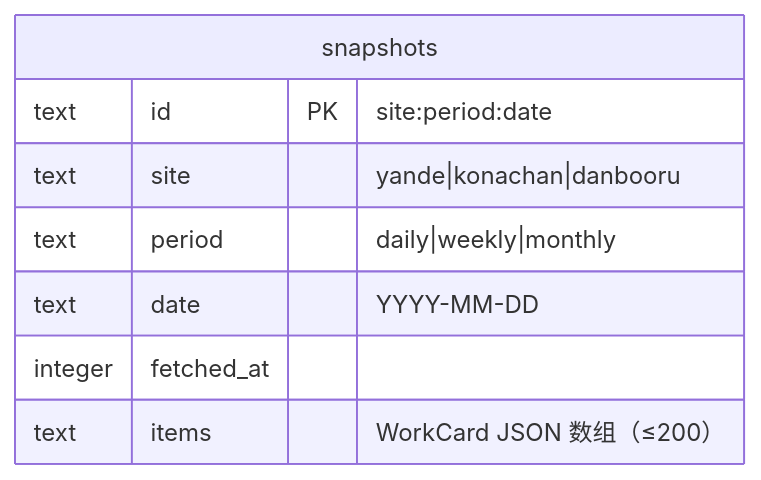
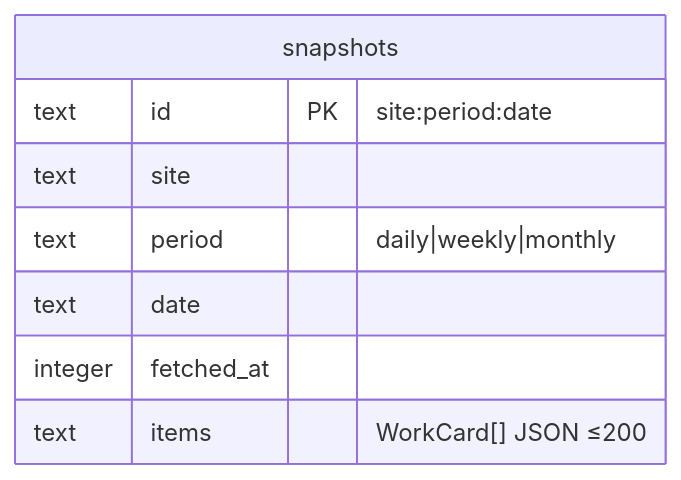
Before and after one commit to Atsukiizumi/Kami-paperbox: the third of 4 diagrams in docs/diagrams/ER图.md, drawn with Mermaid. The commit also changed other lines of this file and 25 other files, not shown here.

First line of the commit message:
docs 全量重推导：基线 75e7de0 重写 00~16 + 9 图

````diff
--- a/docs/diagrams/ER图.md
+++ b/docs/diagrams/ER图.md
@@ -100,11 +85,11 @@
 ```mermaid
 erDiagram
-    snapshots {
-        text id PK "site:period:date"
-        text site "yande|konachan|danbooru"
-        text period "daily|weekly|monthly"
-        text date "YYYY-MM-DD"
-        integer fetched_at
-        text items "WorkCard JSON 数组（≤200）"
-    }
+  snapshots {
+    text id PK "site:period:date"
+    text site
+    text period "daily|weekly|monthly"
+    text date
+    integer fetched_at
+    text items "WorkCard[] JSON ≤200"
+  }
 ```
````
